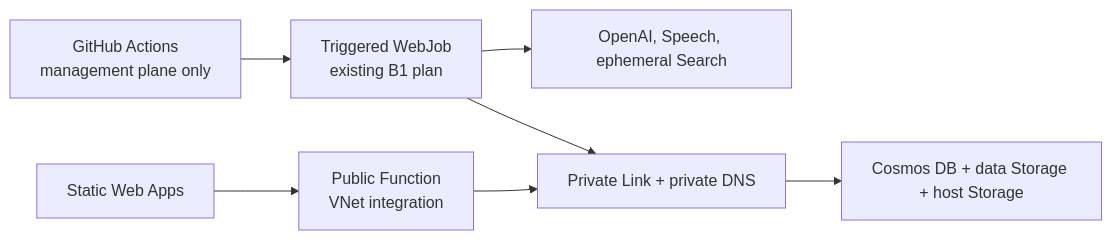
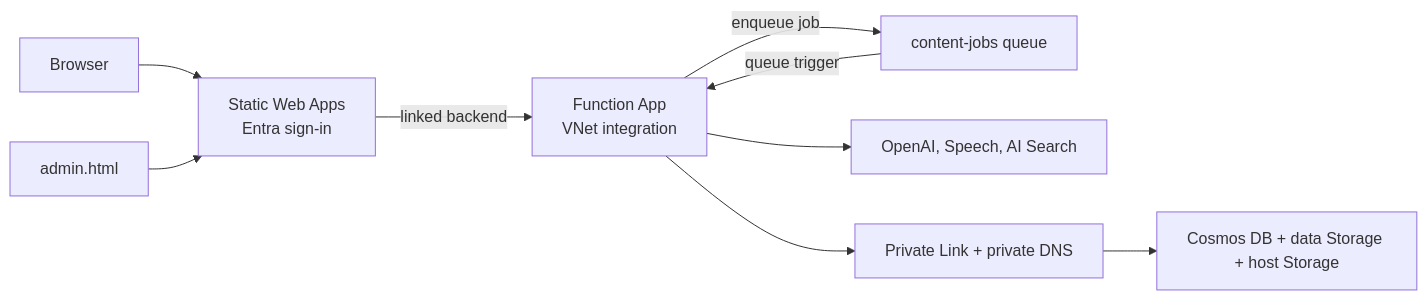
One commit to matthansen0/certaudio changed the diagram in docs/HOW_IT_WORKS.md. Above: the diagram before and after it, drawn with Mermaid. The commit also changed other lines of this file and 5 other files, not shown here.

````diff
--- a/docs/HOW_IT_WORKS.md
+++ b/docs/HOW_IT_WORKS.md
@@ -37,9 +38,11 @@
 ```mermaid
 flowchart LR
-  GH[GitHub Actions<br/>management plane only] --> JOB[Triggered WebJob<br/>existing B1 plan]
-  JOB --> AI[OpenAI, Speech, ephemeral Search]
-  JOB --> PL[Private Link + private DNS]
-  SWA[Static Web Apps] --> FN[Public Function<br/>VNet integration]
-  FN --> PL
+  USER[Browser] --> SWA[Static Web Apps<br/>Entra sign-in]
+  SWA -->|linked backend| FN[Function App<br/>VNet integration]
+  ADMIN[admin.html] --> SWA
+  FN -->|enqueue job| Q[content-jobs queue]
+  Q -->|queue trigger| FN
+  FN --> AI[OpenAI, Speech, AI Search]
+  FN --> PL[Private Link + private DNS]
   PL --> DATA[Cosmos DB + data Storage + host Storage]
 ```
````
